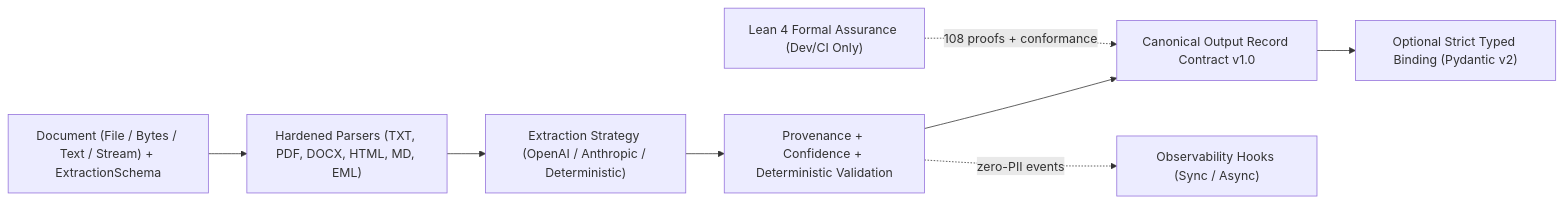
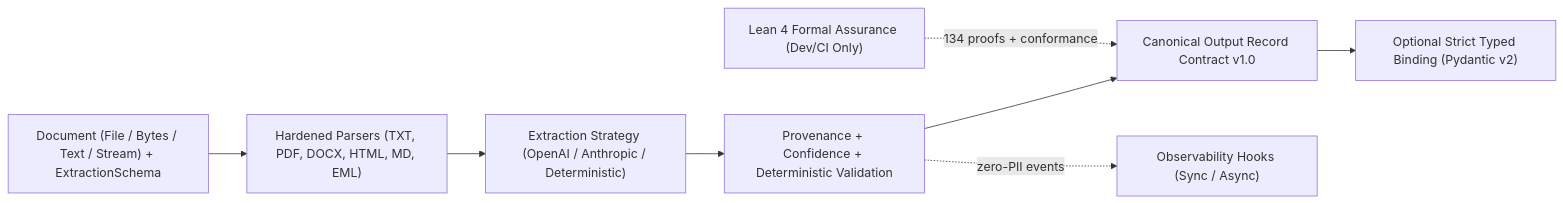
Before and after one commit to ivnmoreno/structa-maestro: the diagram in README.md, drawn with Mermaid. The commit also changed other lines of this file and 12 other files, not shown here.

First line of the commit message:
feat(formal): add Lean 4 provenance association and result assembly proofs

````diff
--- a/README.md
+++ b/README.md
@@ -34,10 +34,10 @@
 ```mermaid
 flowchart LR
     In["Document (File / Bytes / Text / Stream) + ExtractionSchema"] --> Parse["Hardened Parsers (TXT, PDF, DOCX, HTML, MD, EML)"]
     Parse --> Strat["Extraction Strategy (OpenAI / Anthropic / Deterministic)"]
     Strat --> Verify["Provenance + Confidence + Deterministic Validation"]
     Verify --> Contract["Canonical Output Record Contract v1.0"]
     Contract --> Bind["Optional Strict Typed Binding (Pydantic v2)"]
     Verify -. "zero-PII events" .-> Obs["Observability Hooks (Sync / Async)"]
-    Formal["Lean 4 Formal Assurance (Dev/CI Only)"] -. "108 proofs + conformance" .-> Contract
+    Formal["Lean 4 Formal Assurance (Dev/CI Only)"] -. "134 proofs + conformance" .-> Contract
 ```
````
